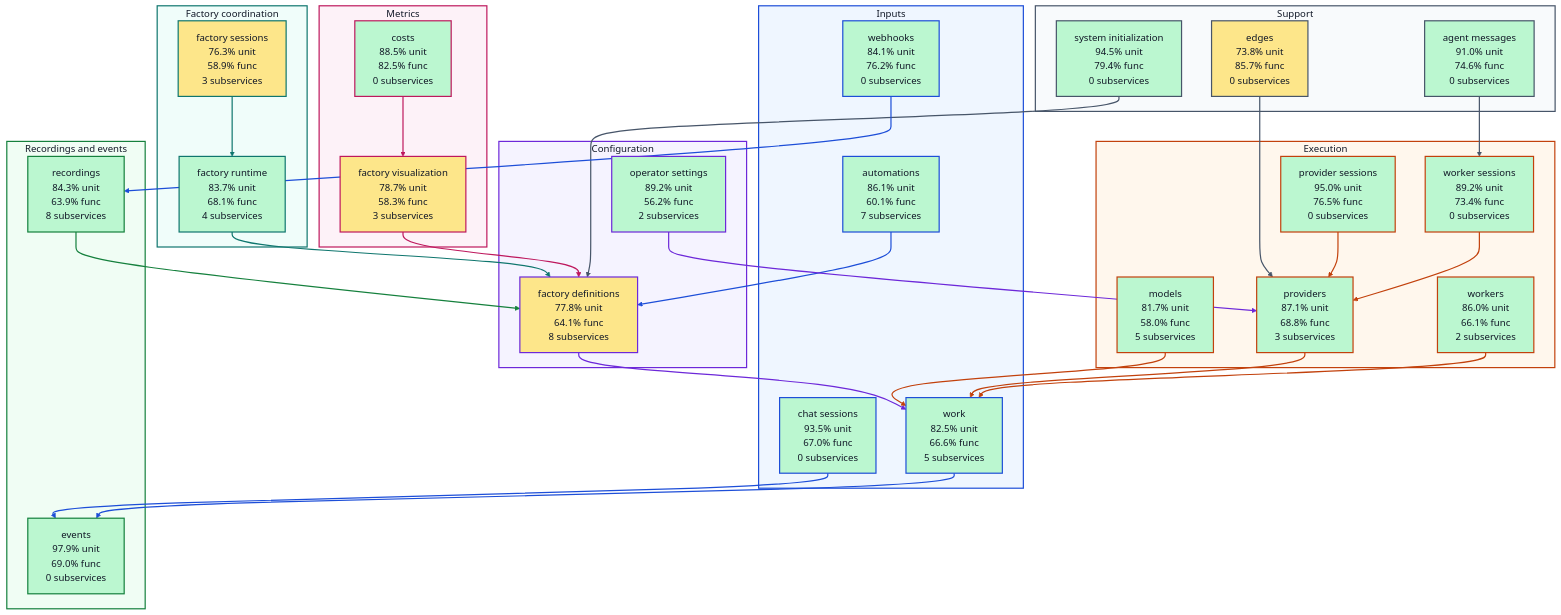
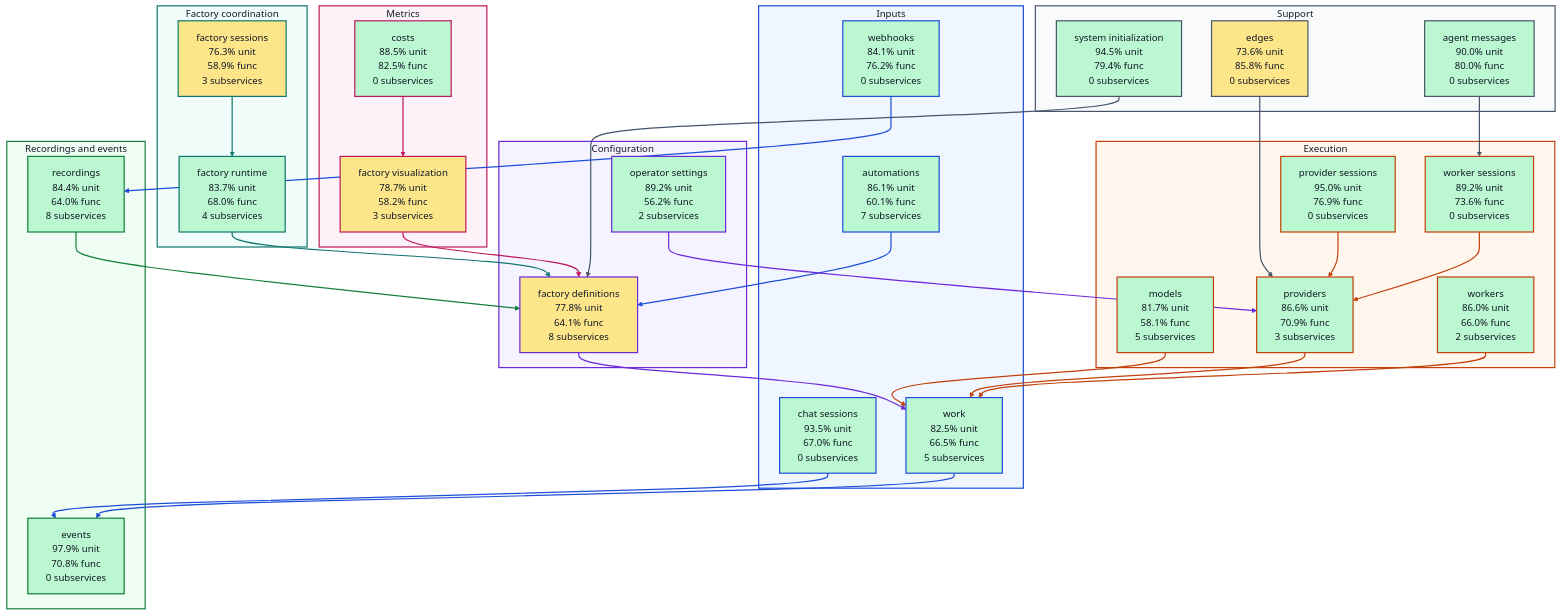
One commit to portpowered/you-agent-factory changed the diagram in docs/architecture/visualizations/high-level-test-coverage.md. Above: the diagram before and after it, drawn with Mermaid. The commit also changed other lines of this file and 21 other files, not shown here.

Commit message:
docs: refresh backend architecture visualizations

```diff
--- a/docs/architecture/visualizations/high-level-test-coverage.md
+++ b/docs/architecture/visualizations/high-level-test-coverage.md
@@ -14,34 +14,34 @@
     s_services_automations["automations<br/>86.1% unit<br/>60.1% func<br/>7 subservices"]
     s_services_chat_sessions["chat sessions<br/>93.5% unit<br/>67.0% func<br/>0 subservices"]
     s_services_webhooks["webhooks<br/>84.1% unit<br/>76.2% func<br/>0 subservices"]
-    s_services_work["work<br/>82.5% unit<br/>66.6% func<br/>5 subservices"]
+    s_services_work["work<br/>82.5% unit<br/>66.5% func<br/>5 subservices"]
   end
   subgraph configuration["Configuration"]
     s_services_factory_definitions["factory definitions<br/>77.8% unit<br/>64.1% func<br/>8 subservices"]
     s_services_operator_settings["operator settings<br/>89.2% unit<br/>56.2% func<br/>2 subservices"]
   end
   subgraph coordination["Factory coordination"]
-    s_services_factory_runtime["factory runtime<br/>83.7% unit<br/>68.1% func<br/>4 subservices"]
+    s_services_factory_runtime["factory runtime<br/>83.7% unit<br/>68.0% func<br/>4 subservices"]
     s_services_factory_sessions["factory sessions<br/>76.3% unit<br/>58.9% func<br/>3 subservices"]
   end
   subgraph execution["Execution"]
-    s_services_models["models<br/>81.7% unit<br/>58.0% func<br/>5 subservices"]
-    s_services_provider_sessions["provider sessions<br/>95.0% unit<br/>76.5% func<br/>0 subservices"]
-    s_services_providers["providers<br/>87.1% unit<br/>68.8% func<br/>3 subservices"]
-    s_services_worker_sessions["worker sessions<br/>89.2% unit<br/>73.4% func<br/>0 subservices"]
-    s_services_workers["workers<br/>86.0% unit<br/>66.1% func<br/>2 subservices"]
+    s_services_models["models<br/>81.7% unit<br/>58.1% func<br/>5 subservices"]
+    s_services_provider_sessions["provider sessions<br/>95.0% unit<br/>76.9% func<br/>0 subservices"]
+    s_services_providers["providers<br/>86.6% unit<br/>70.9% func<br/>3 subservices"]
+    s_services_worker_sessions["worker sessions<br/>89.2% unit<br/>73.6% func<br/>0 subservices"]
+    s_services_workers["workers<br/>86.0% unit<br/>66.0% func<br/>2 subservices"]
   end
   subgraph recordings["Recordings and events"]
-    s_services_events["events<br/>97.9% unit<br/>69.0% func<br/>0 subservices"]
-    s_services_recordings["recordings<br/>84.3% unit<br/>63.9% func<br/>8 subservices"]
+    s_services_events["events<br/>97.9% unit<br/>70.8% func<br/>0 subservices"]
+    s_services_recordings["recordings<br/>84.4% unit<br/>64.0% func<br/>8 subservices"]
   end
   subgraph metrics["Metrics"]
     s_services_costs["costs<br/>88.5% unit<br/>82.5% func<br/>0 subservices"]
-    s_services_factory_visualization["factory visualization<br/>78.7% unit<br/>58.3% func<br/>3 subservices"]
+    s_services_factory_visualization["factory visualization<br/>78.7% unit<br/>58.2% func<br/>3 subservices"]
   end
   subgraph support["Support"]
-    s_services_agent_messages["agent messages<br/>91.0% unit<br/>74.6% func<br/>0 subservices"]
-    s_services_edges["edges<br/>73.8% unit<br/>85.7% func<br/>0 subservices"]
+    s_services_agent_messages["agent messages<br/>90.0% unit<br/>80.0% func<br/>0 subservices"]
+    s_services_edges["edges<br/>73.6% unit<br/>85.8% func<br/>0 subservices"]
     s_services_system_initialization["system initialization<br/>94.5% unit<br/>79.4% func<br/>0 subservices"]
   end
   s_services_agent_messages --> s_services_worker_sessions
```
